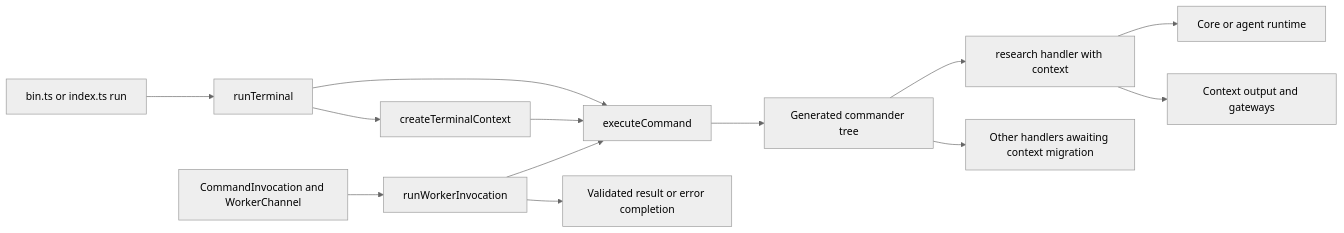
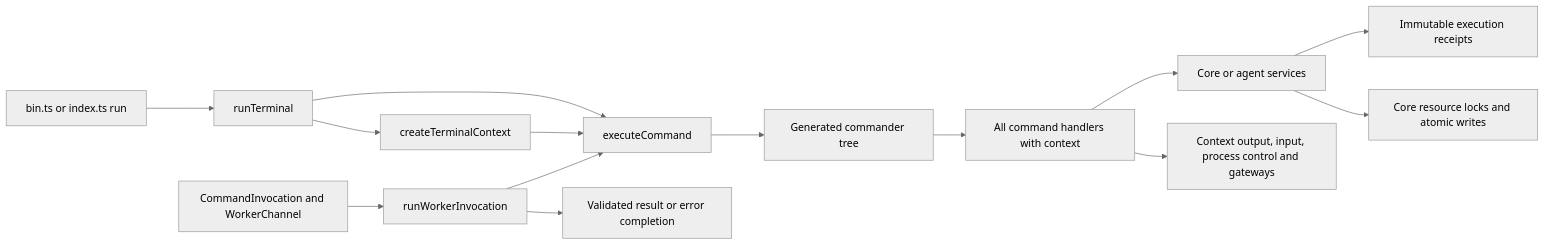
Before and after one commit to abranjith/yantra: diagram 18 of 31 in docs/architecture.md, drawn with Mermaid (neutral theme). The commit also changed other lines of this file and 45 other files, not shown here.

````diff
--- a/docs/architecture.md
+++ b/docs/architecture.md
@@ -2542,15 +2543,16 @@
 ```mermaid
 flowchart LR
   Bin[bin.ts or index.ts run] --> Terminal[runTerminal]
   Invocation[CommandInvocation and WorkerChannel] --> Worker[runWorkerInvocation]
   Terminal --> Context[createTerminalContext]
   Terminal --> Execute[executeCommand]
   Context --> Execute
   Worker --> Execute
   Execute --> Tree[Generated commander tree]
-  Tree --> Research[research handler with context]
-  Tree --> Legacy[Other handlers awaiting context migration]
-  Research --> Services[Core or agent runtime]
-  Research --> IO[Context output and gateways]
+  Tree --> Handlers[All command handlers with context]
+  Handlers --> Services[Core or agent services]
+  Handlers --> IO[Context output, input, process control and gateways]
+  Services --> Receipts[Immutable execution receipts]
+  Services --> Locks[Core resource locks and atomic writes]
   Worker --> Completion[Validated result or error completion]
 ```
````
